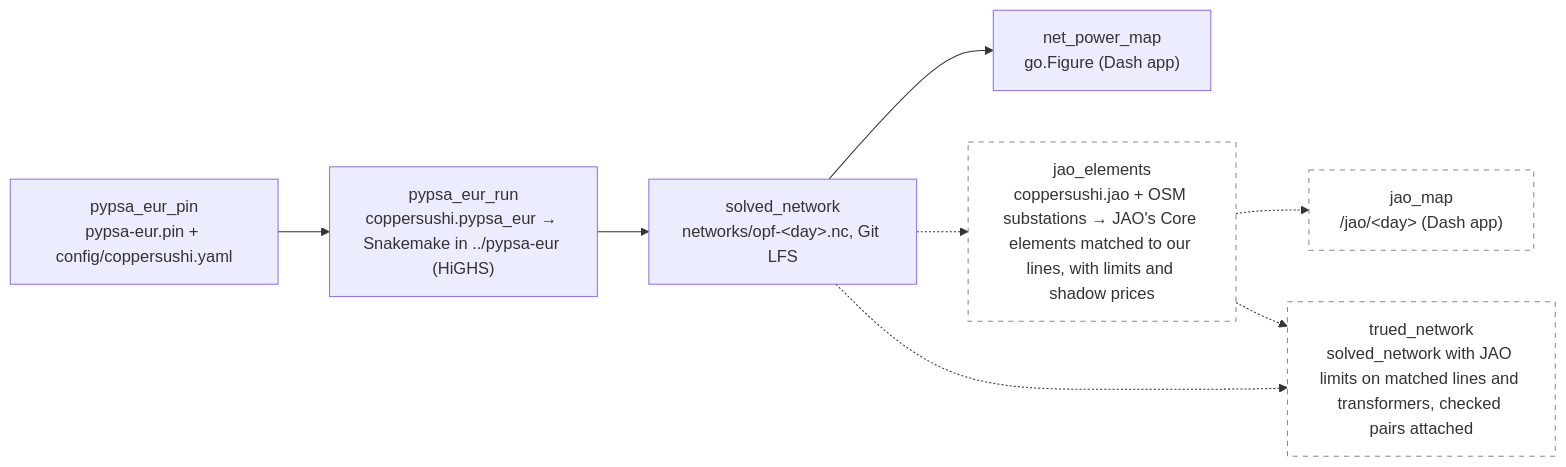
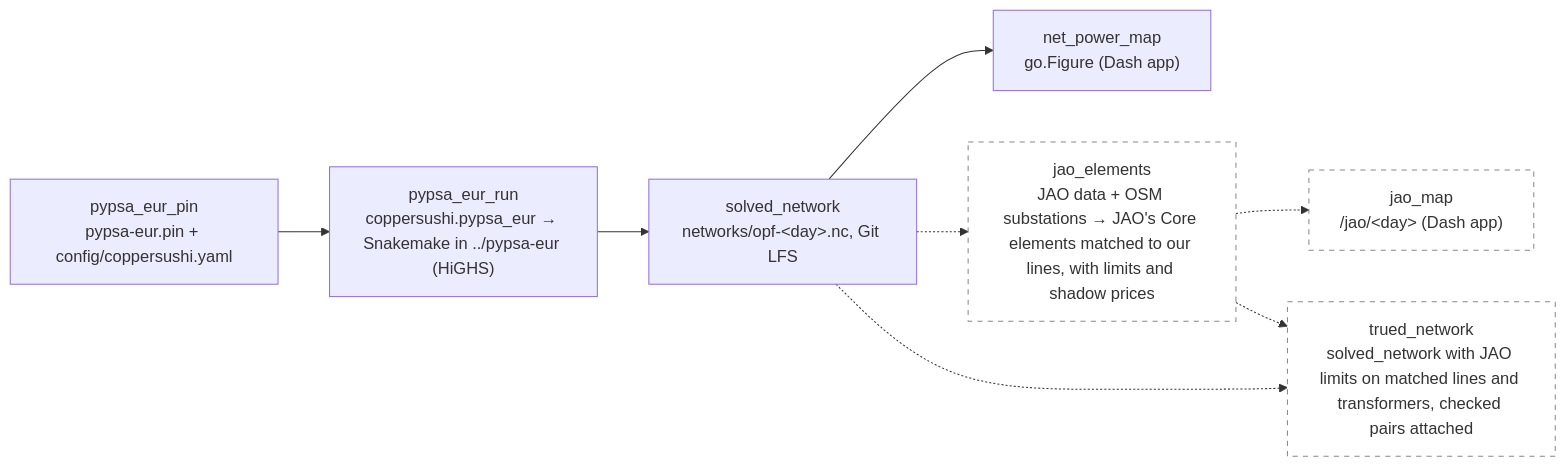
The diagram in wiki/sushi-2.md (zoltanmaric/coppersushi), drawn with Mermaid before and after one commit. The commit also changed 1 other file, not shown here.

Commit message:
Address review: n-1 first, one day, JAO's elements only
- Security section rewritten: status quo (PyPSA-Eur's flat 0.7 × fmax
  proxy) versus target (n-1 against JAO's checked pairs), what the extra
  effort is, and that n-1 is what we build first.
- Scope pinned to 2024-08-29 throughout; no date sweep.
- Coverage: the element set is JAO's monitored elements; the rest of the
  OSM topology is explicitly out of scope, not "kept at standard rating".
- Drop the invented module name from the spec and the dataflow graph.

Claude-Session: https://claude.ai/code/session_01EYvr6CzJVL1AyPUrupPTCz

````diff
--- a/wiki/sushi-2.md
+++ b/wiki/sushi-2.md
@@ -16,22 +16,22 @@
 ```mermaid
 flowchart LR
     classDef planned stroke-dasharray: 5 5,stroke:#888,fill:none
 
     net_power_map["net_power_map<br/>go.Figure (Dash app)"]
 
     pypsa_eur_pin["pypsa_eur_pin<br/>pypsa-eur.pin + config/coppersushi.yaml"]
     pypsa_eur_run["pypsa_eur_run<br/>coppersushi.pypsa_eur → Snakemake in ../pypsa-eur (HiGHS)"]
     solved_network["solved_network<br/>networks/opf-&lt;day&gt;.nc, Git LFS"]
 
-    jao_elements["jao_elements<br/>coppersushi.jao + OSM substations → JAO's Core elements matched to our lines, with limits and shadow prices"]:::planned
+    jao_elements["jao_elements<br/>JAO data + OSM substations → JAO's Core elements matched to our lines, with limits and shadow prices"]:::planned
     jao_map["jao_map<br/>/jao/&lt;day&gt; (Dash app)"]:::planned
     trued_network["trued_network<br/>solved_network with JAO limits on matched lines and transformers, checked pairs attached"]:::planned
 
     pypsa_eur_pin --> pypsa_eur_run
     pypsa_eur_run --> solved_network
     solved_network --> net_power_map
     solved_network -.-> jao_elements
     jao_elements -.-> jao_map
     jao_elements -.-> trued_network
     solved_network -.-> trued_network
 ```
````
